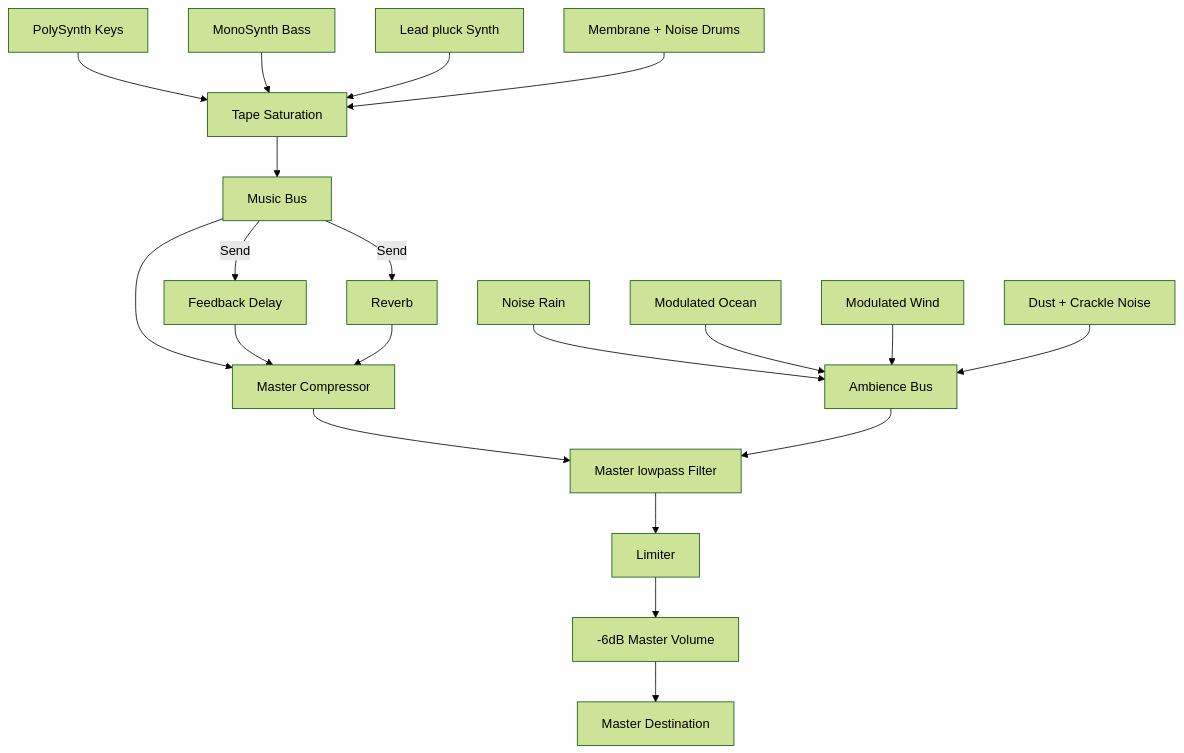
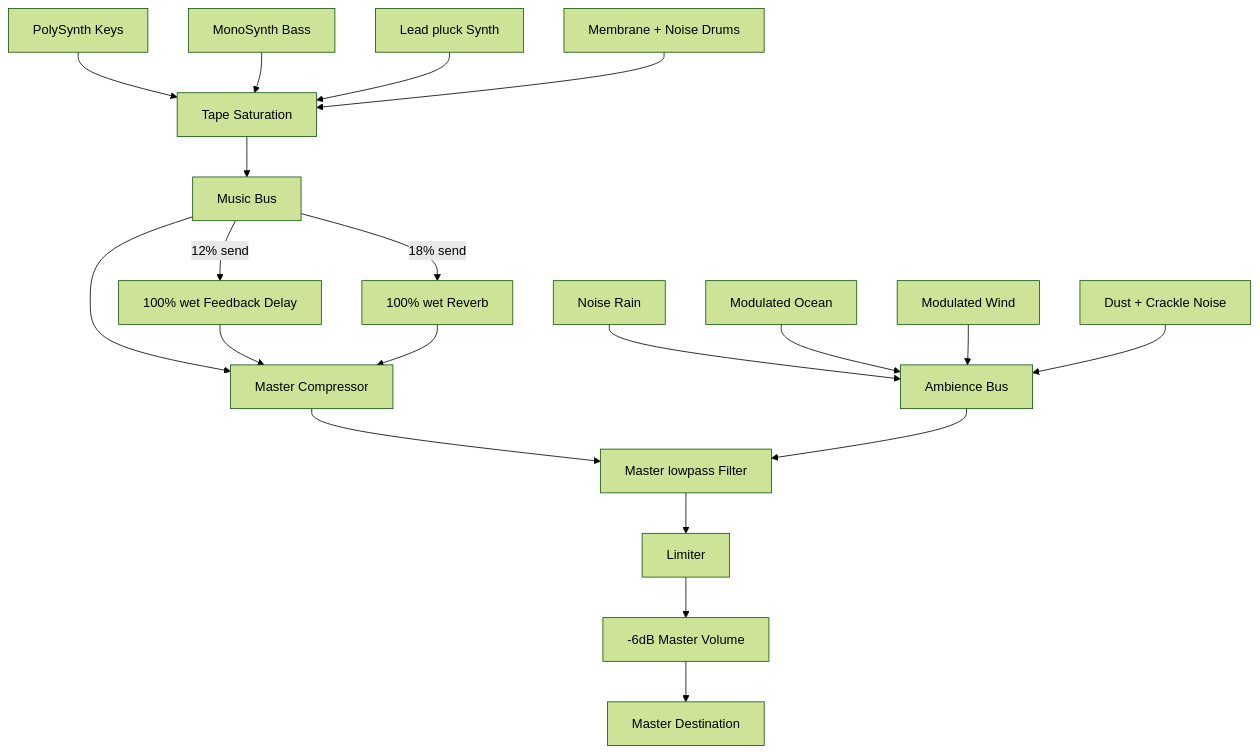
The diagram in docs/AUDIO_ENGINE.md (Shik3i/KoalaFi), drawn with Mermaid (forest theme) before and after one commit. The commit also changed other lines of this file and 43 other files, not shown here.

````diff
--- a/docs/AUDIO_ENGINE.md
+++ b/docs/AUDIO_ENGINE.md
@@ -7,29 +15,29 @@
 ```mermaid
 graph TD
   Chords[PolySynth Keys] --> Saturation[Tape Saturation]
   Bass[MonoSynth Bass] --> Saturation
   Melody[Lead pluck Synth] --> Saturation
 
   Drums[Membrane + Noise Drums] --> Saturation
 
   Saturation --> MusicBus[Music Bus]
 
-  MusicBus -->|Send| Delay[Feedback Delay]
-  MusicBus -->|Send| Reverb[Reverb]
+  MusicBus -->|12% send| Delay[100% wet Feedback Delay]
+  MusicBus -->|18% send| Reverb[100% wet Reverb]
   MusicBus --> MasterComp[Master Compressor]
 
   Delay --> MasterComp
   Reverb --> MasterComp
 
   Rain[Noise Rain] --> AmbBus[Ambience Bus]
   Ocean[Modulated Ocean] --> AmbBus
   Wind[Modulated Wind] --> AmbBus
   Vinyl[Dust + Crackle Noise] --> AmbBus
 
   MasterComp --> MasterFilter[Master lowpass Filter]
   AmbBus --> MasterFilter
 
   MasterFilter --> Limiter[Limiter]
   Limiter --> MainVolume[-6dB Master Volume]
   MainVolume --> Output[Master Destination]
 ```
````
